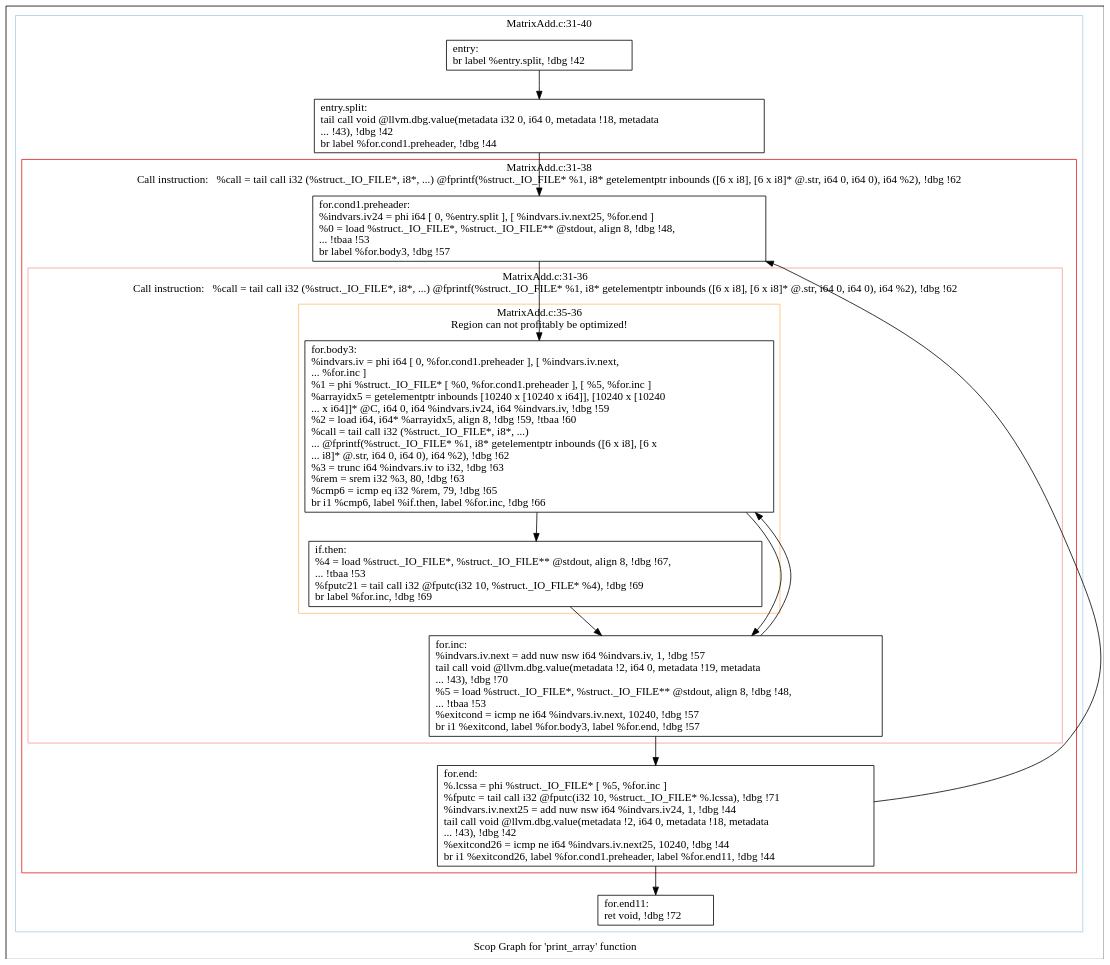
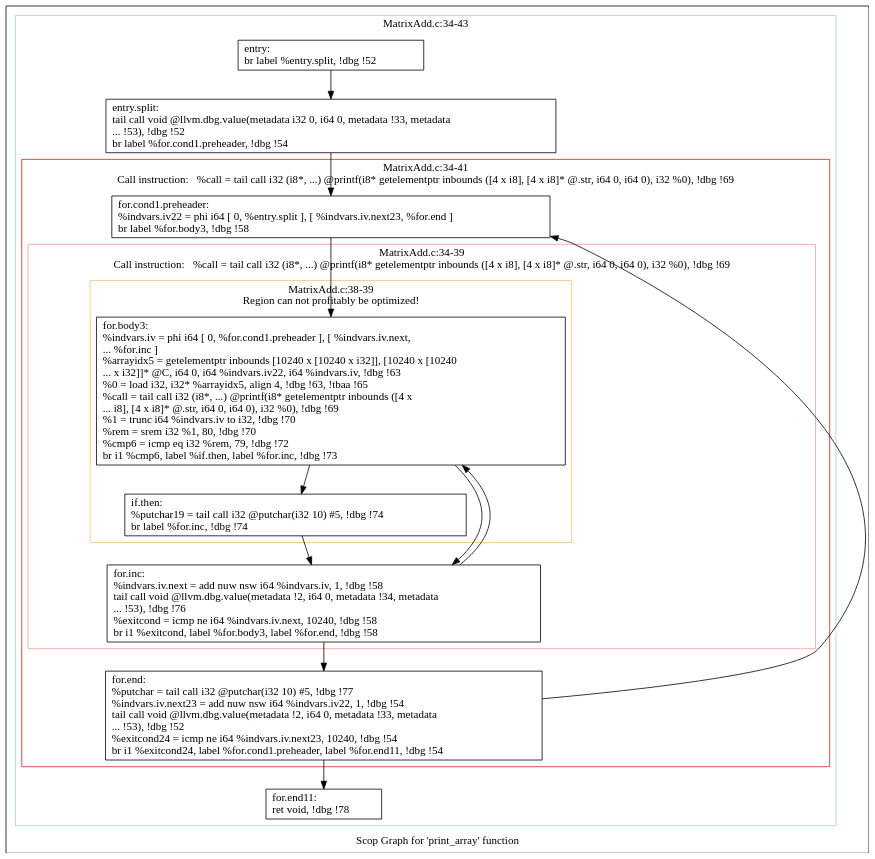
The diagram in polly/MatrixAdd/impl/handwritten/dot/scops.print_array.dot (samminweng/WhileyOpenCL), drawn with Graphviz before and after one commit. The commit also changed 19 other files, not shown here.

```diff
--- a/polly/MatrixAdd/impl/handwritten/dot/scops.print_array.dot
+++ b/polly/MatrixAdd/impl/handwritten/dot/scops.print_array.dot
@@ -1,55 +1,55 @@
 digraph "Scop Graph for 'print_array' function" {
 	label="Scop Graph for 'print_array' function";
 
-	Node0x8f4c970 [shape=record,label="{entry:\l  br label %entry.split, !dbg !42\l}"];
-	Node0x8f4c970 -> Node0x8e6b780;
-	Node0x8e6b780 [shape=record,label="{entry.split:                                      \l  tail call void @llvm.dbg.value(metadata i32 0, i64 0, metadata !18, metadata\l... !43), !dbg !42\l  br label %for.cond1.preheader, !dbg !44\l}"];
-	Node0x8e6b780 -> Node0x8e68ad0;
-	Node0x8e68ad0 [shape=record,label="{for.cond1.preheader:                              \l  %indvars.iv24 = phi i64 [ 0, %entry.split ], [ %indvars.iv.next25, %for.end ]\l  %0 = load %struct._IO_FILE*, %struct._IO_FILE** @stdout, align 8, !dbg !48,\l... !tbaa !53\l  br label %for.body3, !dbg !57\l}"];
-	Node0x8e68ad0 -> Node0x8e6f450;
-	Node0x8e6f450 [shape=record,label="{for.body3:                                        \l  %indvars.iv = phi i64 [ 0, %for.cond1.preheader ], [ %indvars.iv.next,\l... %for.inc ]\l  %1 = phi %struct._IO_FILE* [ %0, %for.cond1.preheader ], [ %5, %for.inc ]\l  %arrayidx5 = getelementptr inbounds [10240 x [10240 x i64]], [10240 x [10240\l... x i64]]* @C, i64 0, i64 %indvars.iv24, i64 %indvars.iv, !dbg !59\l  %2 = load i64, i64* %arrayidx5, align 8, !dbg !59, !tbaa !60\l  %call = tail call i32 (%struct._IO_FILE*, i8*, ...)\l... @fprintf(%struct._IO_FILE* %1, i8* getelementptr inbounds ([6 x i8], [6 x\l... i8]* @.str, i64 0, i64 0), i64 %2), !dbg !62\l  %3 = trunc i64 %indvars.iv to i32, !dbg !63\l  %rem = srem i32 %3, 80, !dbg !63\l  %cmp6 = icmp eq i32 %rem, 79, !dbg !65\l  br i1 %cmp6, label %if.then, label %for.inc, !dbg !66\l}"];
-	Node0x8e6f450 -> Node0x8f49990;
-	Node0x8e6f450 -> Node0x8e709e0;
-	Node0x8f49990 [shape=record,label="{if.then:                                          \l  %4 = load %struct._IO_FILE*, %struct._IO_FILE** @stdout, align 8, !dbg !67,\l... !tbaa !53\l  %fputc21 = tail call i32 @fputc(i32 10, %struct._IO_FILE* %4), !dbg !69\l  br label %for.inc, !dbg !69\l}"];
-	Node0x8f49990 -> Node0x8e709e0;
-	Node0x8e709e0 [shape=record,label="{for.inc:                                          \l  %indvars.iv.next = add nuw nsw i64 %indvars.iv, 1, !dbg !57\l  tail call void @llvm.dbg.value(metadata !2, i64 0, metadata !19, metadata\l... !43), !dbg !70\l  %5 = load %struct._IO_FILE*, %struct._IO_FILE** @stdout, align 8, !dbg !48,\l... !tbaa !53\l  %exitcond = icmp ne i64 %indvars.iv.next, 10240, !dbg !57\l  br i1 %exitcond, label %for.body3, label %for.end, !dbg !57\l}"];
-	Node0x8e709e0 -> Node0x8e6f450[constraint=false];
-	Node0x8e709e0 -> Node0x8f0cad0;
-	Node0x8f0cad0 [shape=record,label="{for.end:                                          \l  %.lcssa = phi %struct._IO_FILE* [ %5, %for.inc ]\l  %fputc = tail call i32 @fputc(i32 10, %struct._IO_FILE* %.lcssa), !dbg !71\l  %indvars.iv.next25 = add nuw nsw i64 %indvars.iv24, 1, !dbg !44\l  tail call void @llvm.dbg.value(metadata !2, i64 0, metadata !18, metadata\l... !43), !dbg !42\l  %exitcond26 = icmp ne i64 %indvars.iv.next25, 10240, !dbg !44\l  br i1 %exitcond26, label %for.cond1.preheader, label %for.end11, !dbg !44\l}"];
-	Node0x8f0cad0 -> Node0x8e68ad0[constraint=false];
-	Node0x8f0cad0 -> Node0x8e66fc0;
-	Node0x8e66fc0 [shape=record,label="{for.end11:                                        \l  ret void, !dbg !72\l}"];
+	Node0x9e20a30 [shape=record,label="{entry:\l  br label %entry.split, !dbg !52\l}"];
+	Node0x9e20a30 -> Node0x9e14a40;
+	Node0x9e14a40 [shape=record,label="{entry.split:                                      \l  tail call void @llvm.dbg.value(metadata i32 0, i64 0, metadata !33, metadata\l... !53), !dbg !52\l  br label %for.cond1.preheader, !dbg !54\l}"];
+	Node0x9e14a40 -> Node0x9e1cb00;
+	Node0x9e1cb00 [shape=record,label="{for.cond1.preheader:                              \l  %indvars.iv22 = phi i64 [ 0, %entry.split ], [ %indvars.iv.next23, %for.end ]\l  br label %for.body3, !dbg !58\l}"];
+	Node0x9e1cb00 -> Node0x9e1cbe0;
+	Node0x9e1cbe0 [shape=record,label="{for.body3:                                        \l  %indvars.iv = phi i64 [ 0, %for.cond1.preheader ], [ %indvars.iv.next,\l... %for.inc ]\l  %arrayidx5 = getelementptr inbounds [10240 x [10240 x i32]], [10240 x [10240\l... x i32]]* @C, i64 0, i64 %indvars.iv22, i64 %indvars.iv, !dbg !63\l  %0 = load i32, i32* %arrayidx5, align 4, !dbg !63, !tbaa !65\l  %call = tail call i32 (i8*, ...) @printf(i8* getelementptr inbounds ([4 x\l... i8], [4 x i8]* @.str, i64 0, i64 0), i32 %0), !dbg !69\l  %1 = trunc i64 %indvars.iv to i32, !dbg !70\l  %rem = srem i32 %1, 80, !dbg !70\l  %cmp6 = icmp eq i32 %rem, 79, !dbg !72\l  br i1 %cmp6, label %if.then, label %for.inc, !dbg !73\l}"];
+	Node0x9e1cbe0 -> Node0x9ef5a20;
+	Node0x9e1cbe0 -> Node0x9e20b20;
+	Node0x9ef5a20 [shape=record,label="{if.then:                                          \l  %putchar19 = tail call i32 @putchar(i32 10) #5, !dbg !74\l  br label %for.inc, !dbg !74\l}"];
+	Node0x9ef5a20 -> Node0x9e20b20;
+	Node0x9e20b20 [shape=record,label="{for.inc:                                          \l  %indvars.iv.next = add nuw nsw i64 %indvars.iv, 1, !dbg !58\l  tail call void @llvm.dbg.value(metadata !2, i64 0, metadata !34, metadata\l... !53), !dbg !76\l  %exitcond = icmp ne i64 %indvars.iv.next, 10240, !dbg !58\l  br i1 %exitcond, label %for.body3, label %for.end, !dbg !58\l}"];
+	Node0x9e20b20 -> Node0x9e1cbe0[constraint=false];
+	Node0x9e20b20 -> Node0x9f07900;
+	Node0x9f07900 [shape=record,label="{for.end:                                          \l  %putchar = tail call i32 @putchar(i32 10) #5, !dbg !77\l  %indvars.iv.next23 = add nuw nsw i64 %indvars.iv22, 1, !dbg !54\l  tail call void @llvm.dbg.value(metadata !2, i64 0, metadata !33, metadata\l... !53), !dbg !52\l  %exitcond24 = icmp ne i64 %indvars.iv.next23, 10240, !dbg !54\l  br i1 %exitcond24, label %for.cond1.preheader, label %for.end11, !dbg !54\l}"];
+	Node0x9f07900 -> Node0x9e1cb00[constraint=false];
+	Node0x9f07900 -> Node0x9e18420;
+	Node0x9e18420 [shape=record,label="{for.end11:                                        \l  ret void, !dbg !78\l}"];
 	colorscheme = "paired12"
-        subgraph cluster_0x8e6c5e0 {
-          label = "MatrixAdd.c:31-40
+        subgraph cluster_0x9e24400 {
+          label = "MatrixAdd.c:34-43
 ";
           style = solid;
           color = 1
-          subgraph cluster_0x8e62990 {
-            label = "MatrixAdd.c:31-38
-Call instruction:   %call = tail call i32 (%struct._IO_FILE*, i8*, ...) @fprintf(%struct._IO_FILE* %1, i8* getelementptr inbounds ([6 x i8], [6 x i8]* @.str, i64 0, i64 0), i64 %2), !dbg !62";
+          subgraph cluster_0x9e149c0 {
+            label = "MatrixAdd.c:34-41
+Call instruction:   %call = tail call i32 (i8*, ...) @printf(i8* getelementptr inbounds ([4 x i8], [4 x i8]* @.str, i64 0, i64 0), i32 %0), !dbg !69";
             style = solid;
             color = 6
-            subgraph cluster_0x8e67ea0 {
-              label = "MatrixAdd.c:31-36
-Call instruction:   %call = tail call i32 (%struct._IO_FILE*, i8*, ...) @fprintf(%struct._IO_FILE* %1, i8* getelementptr inbounds ([6 x i8], [6 x i8]* @.str, i64 0, i64 0), i64 %2), !dbg !62";
+            subgraph cluster_0x9e1cb60 {
+              label = "MatrixAdd.c:34-39
+Call instruction:   %call = tail call i32 (i8*, ...) @printf(i8* getelementptr inbounds ([4 x i8], [4 x i8]* @.str, i64 0, i64 0), i32 %0), !dbg !69";
               style = solid;
               color = 5
-              subgraph cluster_0x8e69a00 {
-                label = "MatrixAdd.c:35-36
+              subgraph cluster_0x9e1ca80 {
+                label = "MatrixAdd.c:38-39
 Region can not profitably be optimized!";
                 style = solid;
                 color = 7
-                Node0x8e6f450;
-                Node0x8f49990;
+                Node0x9e1cbe0;
+                Node0x9ef5a20;
               }
-              Node0x8e709e0;
+              Node0x9e20b20;
             }
-            Node0x8e68ad0;
-            Node0x8f0cad0;
+            Node0x9e1cb00;
+            Node0x9f07900;
           }
-          Node0x8f4c970;
-          Node0x8e6b780;
-          Node0x8e66fc0;
+          Node0x9e20a30;
+          Node0x9e14a40;
+          Node0x9e18420;
         }
 }
```
